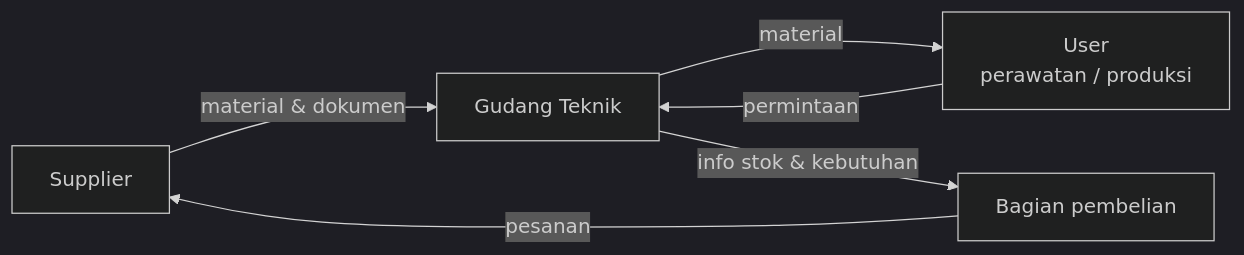
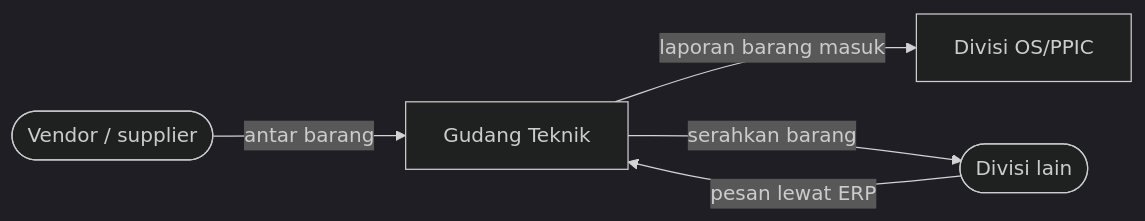
One commit to Hwarinn66/WareHouse changed the diagram in docs/divisi/index.md. Above: the diagram before and after it, drawn with Mermaid (dark theme). The commit also changed other lines of this file and 60 other files, not shown here.

First line of the commit message:
Sederhanakan tampilan dan sesuaikan alur dengan Gudang Teknik (v0.2.0)

````diff
--- a/docs/divisi/index.md
+++ b/docs/divisi/index.md
@@ -62,10 +43,9 @@
 ```mermaid
 flowchart LR
-  accTitle: Hubungan kerja Gudang Teknik
-  accDescr: Supplier mengirim material ke Gudang Teknik. User mengajukan permintaan dan menerima material. Gudang Teknik memberi informasi stok kepada bagian pembelian, yang memesan ke supplier.
-  S[Supplier] -- material & dokumen --> G[Gudang Teknik]
-  U[User<br/>perawatan / produksi] -- permintaan --> G
-  G -- material --> U
-  G -- info stok & kebutuhan --> B[Bagian pembelian]
-  B -- pesanan --> S
+  accTitle: Pihak yang bekerja dengan Gudang Teknik
+  accDescr: Vendor mengantar barang ke Gudang Teknik. Gudang mengirim laporan barang masuk ke divisi OS/PPIC. Divisi lain memesan barang lewat ERP dan mengambilnya di gudang.
+  V(["Vendor / supplier"]):::vendor -- "antar barang" --> G["Gudang Teknik"]:::staff
+  G -- "laporan barang masuk" --> P["Divisi OS/PPIC"]:::dokumen
+  D(["Divisi lain"]):::divisi -- "pesan lewat ERP" --> G
+  G -- "serahkan barang" --> D
 ```
````
